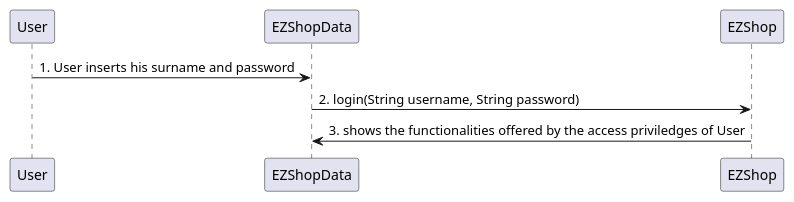
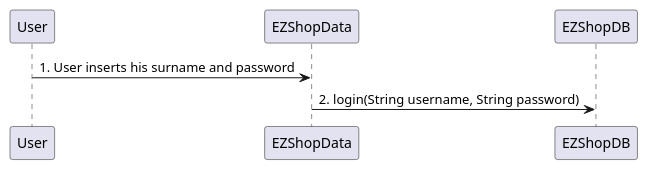
One commit to djemar/softeng_ezshop changed diagram 15 of 31 in Deliverables/DesignDocument.md. Above: the diagram before and after it, drawn with PlantUML. The commit also changed other lines of this file, not shown here.

Commit message:
modified Verification sequence diagrams

````diff
--- a/Deliverables/DesignDocument.md
+++ b/Deliverables/DesignDocument.md
@@ -380,6 +383,5 @@
 ```plantuml
 "User" -> "EZShopData" : 1. User inserts his surname and password
-"EZShopData" -> "EZShop" : 2. login(String username, String password)
-"EZShop" -> "EZShopData": 3. shows the functionalities offered by the access priviledges of User
+"EZShopData" -> "EZShopDB" : 2. login(String username, String password)
 
 ```
````
